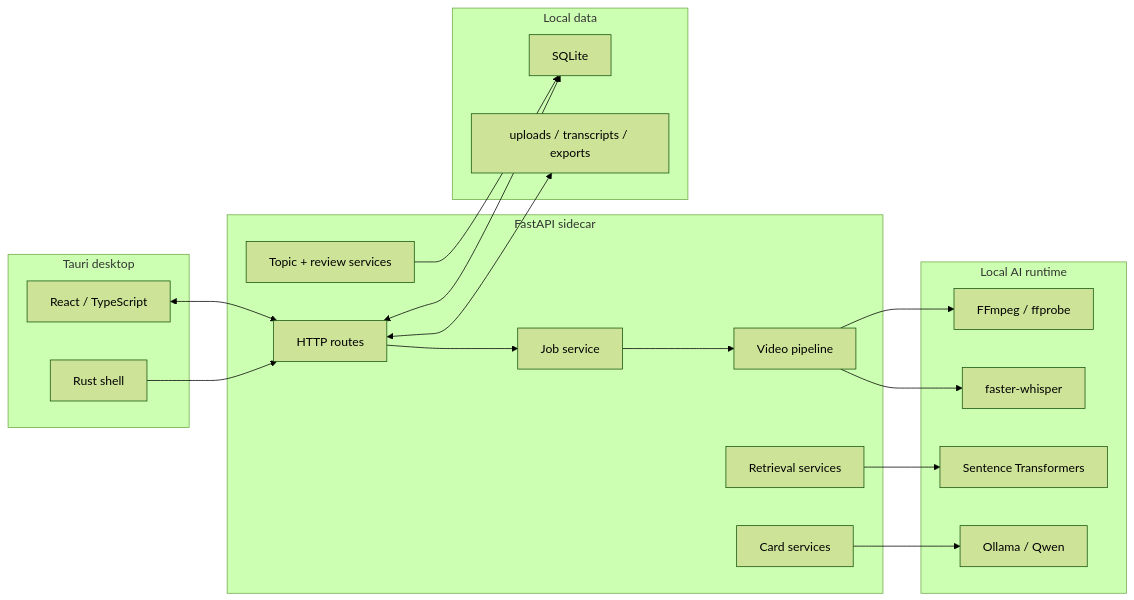
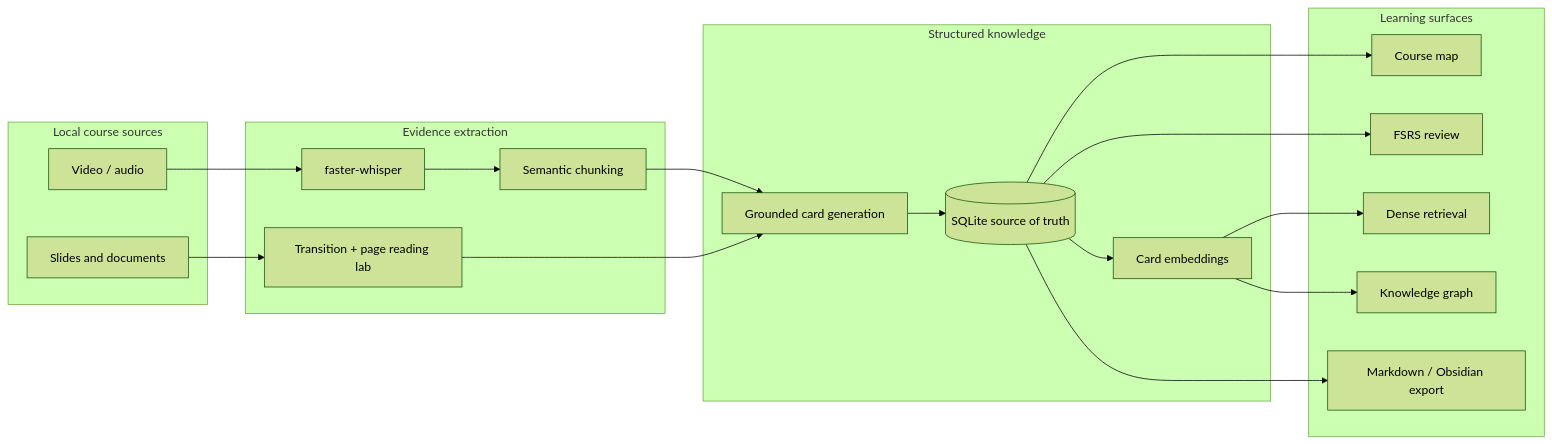
The diagram in README.md (eatoften/Video_Course_Cards), drawn with Mermaid (forest theme) before and after one commit. The commit also changed other lines of this file and 56 other files, not shown here.

````diff
--- a/README.md
+++ b/README.md
@@ -192,40 +111,37 @@
 ```mermaid
 flowchart LR
-    subgraph Desktop["Tauri desktop"]
-        UI["React / TypeScript"]
-        RUST["Rust shell"]
+    subgraph Inputs["Local course sources"]
+        V["Video / audio"]
+        S["Slides and documents"]
     end
 
-    subgraph Backend["FastAPI sidecar"]
-        API["HTTP routes"]
-        JOBS["Job service"]
-        PIPELINE["Video pipeline"]
-        CARDS["Card services"]
-        REVIEW["Topic + review services"]
-        RAG["Retrieval services"]
+    subgraph Evidence["Evidence extraction"]
+        W["faster-whisper"]
+        C["Semantic chunking"]
+        M["Transition + page reading lab"]
     end
 
-    subgraph LocalAI["Local AI runtime"]
-        FFMPEG["FFmpeg / ffprobe"]
-        WHISPER["faster-whisper"]
-        EMB["Sentence Transformers"]
-        LLM["Ollama / Qwen"]
+    subgraph Knowledge["Structured knowledge"]
+        G["Grounded card generation"]
+        DB[("SQLite source of truth")]
+        E["Card embeddings"]
     end
 
-    subgraph Storage["Local data"]
-        DB["SQLite"]
-        FILES["uploads / transcripts / exports"]
+    subgraph Learning["Learning surfaces"]
+        T["Course map"]
+        R["FSRS review"]
+        K["Dense retrieval"]
+        H["Knowledge graph"]
+        X["Markdown / Obsidian export"]
     end
 
-    UI <--> API
-    RUST --> API
-    API --> JOBS
-    JOBS --> PIPELINE
-    PIPELINE --> FFMPEG
-    PIPELINE --> WHISPER
-    CARDS --> LLM
-    REVIEW --> DB
-    RAG --> EMB
-    API <--> DB
-    API <--> FILES
+    V --> W --> C --> G
+    S --> M --> G
+    G --> DB
+    DB --> E
+    DB --> T
+    DB --> R
+    E --> K
+    E --> H
+    DB --> X
 ```
````
